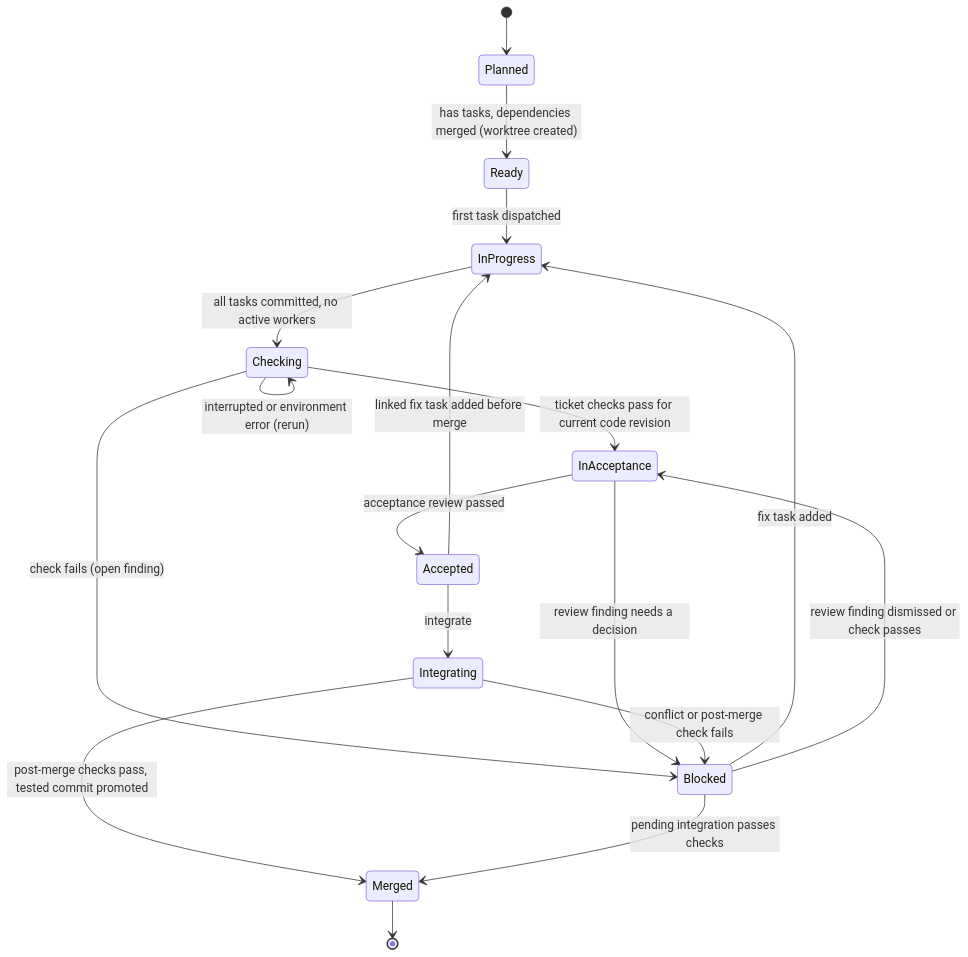
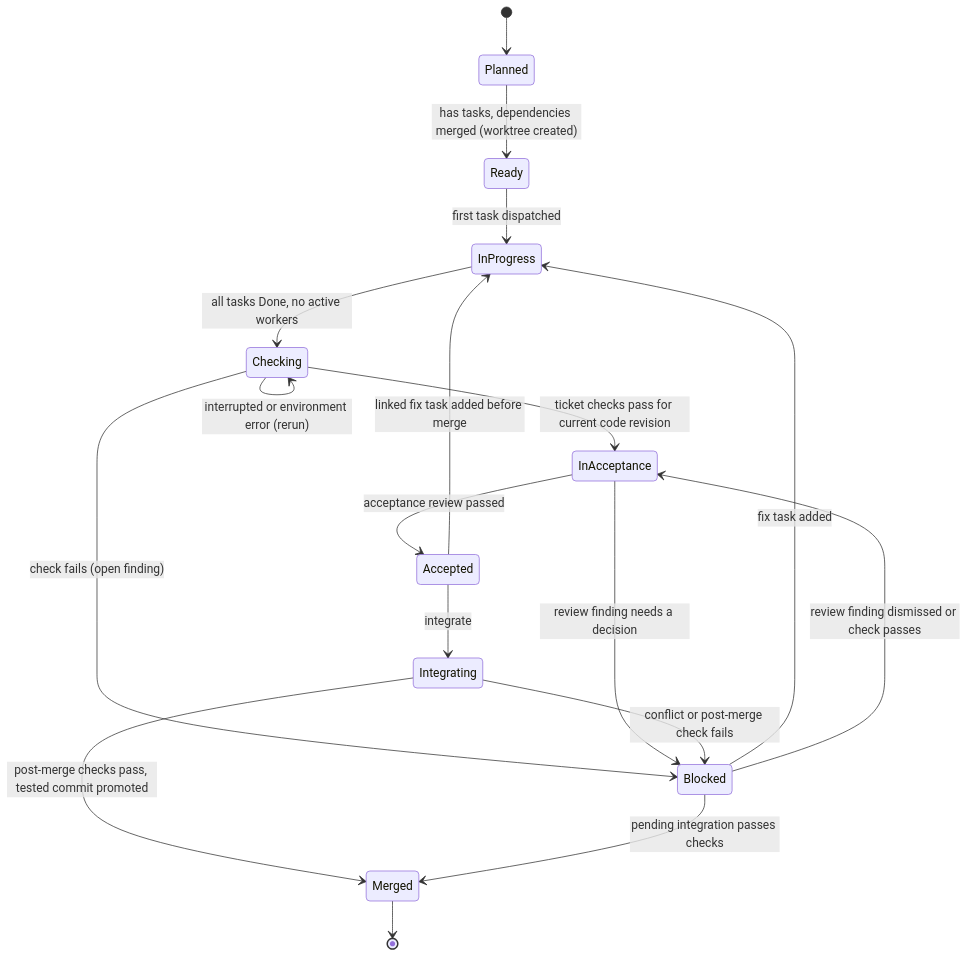
Before and after one commit to UseTheFork/spindle: the fifth of 7 diagrams in SDD-WORKFLOWS.md, drawn with Mermaid. The commit also changed other lines of this file, not shown here.

````diff
--- a/SDD-WORKFLOWS.md
+++ b/SDD-WORKFLOWS.md
@@ -261,20 +281,20 @@
 ```mermaid
 stateDiagram-v2
     [*] --> Planned
     Planned --> Ready: has tasks, dependencies merged (worktree created)
     Ready --> InProgress: first task dispatched
-    InProgress --> Checking: all tasks committed, no active workers
+    InProgress --> Checking: all tasks Done, no active workers
     Checking --> InAcceptance: ticket checks pass for current code revision
     Checking --> Blocked: check fails (open finding)
     Checking --> Checking: interrupted or environment error (rerun)
     InAcceptance --> Accepted: acceptance review passed
     InAcceptance --> Blocked: review finding needs a decision
     Accepted --> Integrating: integrate
     Accepted --> InProgress: linked fix task added before merge
     Integrating --> Merged: post-merge checks pass, tested commit promoted
     Integrating --> Blocked: conflict or post-merge check fails
     Blocked --> InProgress: fix task added
     Blocked --> InAcceptance: review finding dismissed or check passes
     Blocked --> Merged: pending integration passes checks
     Merged --> [*]
 ```
````
